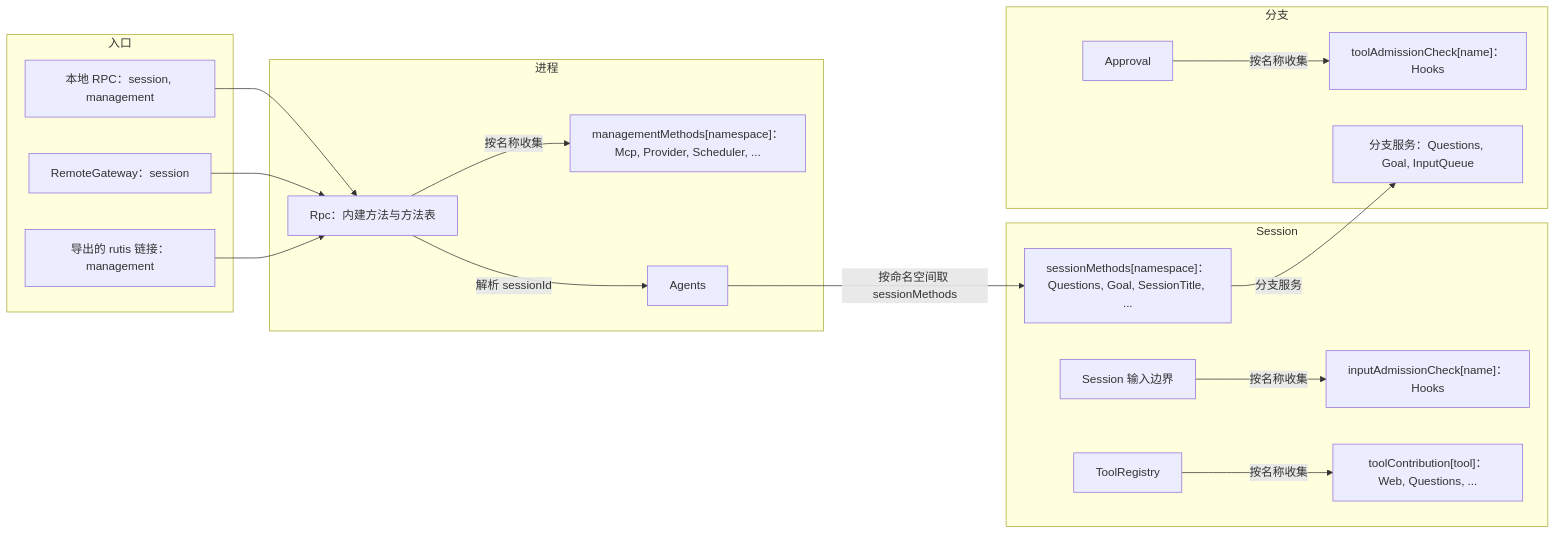
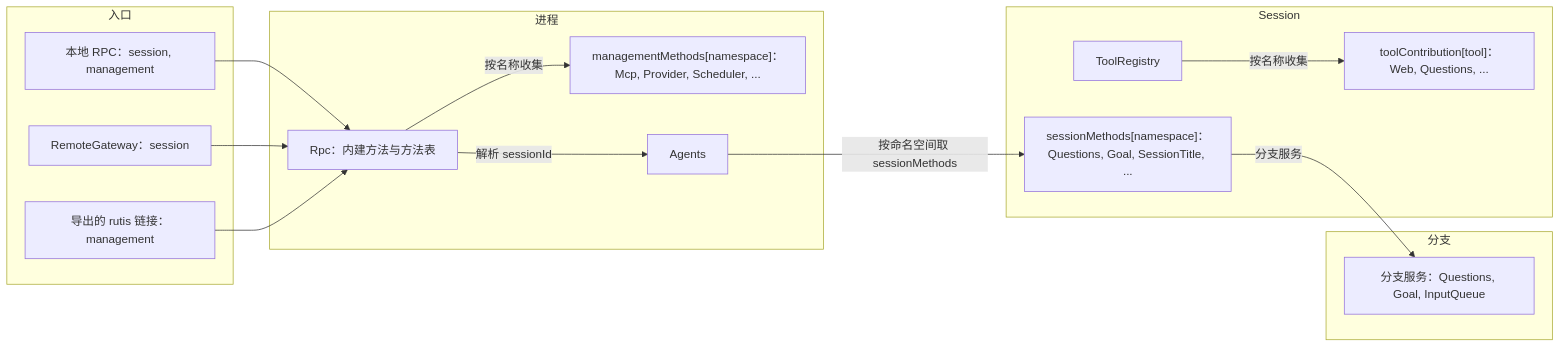
Before and after one commit to CoutinhoTTS/dim-agent: the first of 3 diagrams in docs/zh/design/contracts/session-boundary.md, drawn with Mermaid. The commit also changed other lines of this file and 18 other files, not shown here.

````diff
--- a/docs/zh/design/contracts/session-boundary.md
+++ b/docs/zh/design/contracts/session-boundary.md
@@ -19,35 +19,29 @@
 ```mermaid
 flowchart LR
   subgraph ENT["入口"]
     Local["本地 RPC：session, management"]
     Remote["RemoteGateway：session"]
     Link["导出的 rutis 链接：management"]
   end
   subgraph PROC["进程"]
     Rpc["Rpc：内建方法与方法表"]
     MM["managementMethods[namespace]：Mcp, Provider, Scheduler, ..."]
     AI["Agents"]
   end
   subgraph SES["Session"]
     SM["sessionMethods[namespace]：Questions, Goal, SessionTitle, ..."]
-    IB["Session 输入边界"]
-    IC["inputAdmissionCheck[name]：Hooks"]
     TR["ToolRegistry"]
     TC2["toolContribution[tool]：Web, Questions, ..."]
   end
   subgraph BR["分支"]
-    AP["Approval"]
-    TC["toolAdmissionCheck[name]：Hooks"]
     BS["分支服务：Questions, Goal, InputQueue"]
   end
   Local --> Rpc
   Remote --> Rpc
   Link --> Rpc
   Rpc -->|"按名称收集"| MM
   Rpc -->|"解析 sessionId"| AI
   AI -->|"按命名空间取 sessionMethods"| SM
   SM -->|"分支服务"| BS
-  IB -->|"按名称收集"| IC
   TR -->|"按名称收集"| TC2
-  AP -->|"按名称收集"| TC
 ```
````
